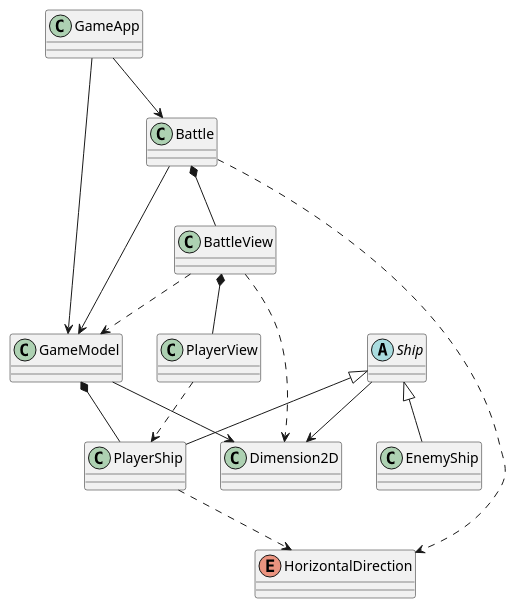
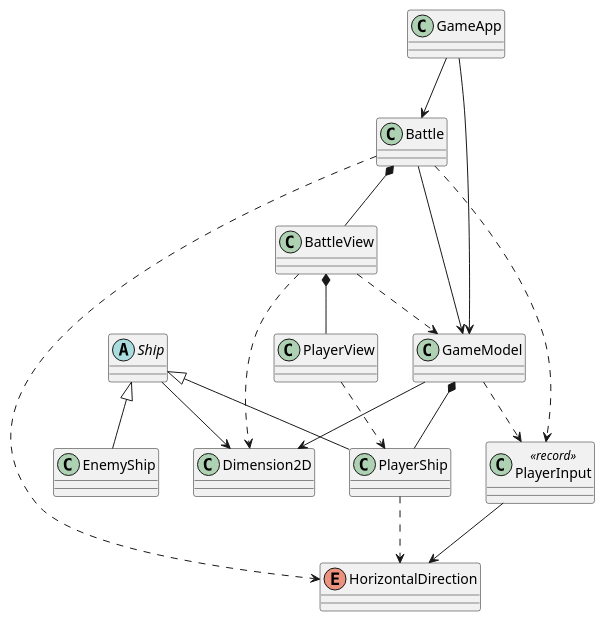
One commit to lishaduck/csse220-project changed the diagram in uml.puml. Above: the diagram before and after it, drawn with PlantUML. The commit also changed 5 other files, not shown here.

First line of the commit message:
Consolidate the simulation step in GameModel

```diff
--- a/uml.puml
+++ b/uml.puml
@@ -1,28 +1,32 @@
 @startuml
 class GameApp
 class Battle
 class BattleView
 class PlayerView
 class GameModel
 abstract class Ship
 class PlayerShip
 class EnemyShip
 class Dimension2D
+class PlayerInput <<record>>
 enum HorizontalDirection
 
 GameApp --> GameModel
 GameApp --> Battle
 Battle *-- BattleView
 Battle --> GameModel
 Battle ..> HorizontalDirection
+Battle ..> PlayerInput
+PlayerInput --> HorizontalDirection
+GameModel ..> PlayerInput
 GameModel *-- PlayerShip
 GameModel --> Dimension2D
 Ship <|-- PlayerShip
 Ship <|-- EnemyShip
 Ship --> Dimension2D
 PlayerShip ..> HorizontalDirection
 BattleView ..> GameModel
 BattleView ..> Dimension2D
 BattleView *-- PlayerView
 PlayerView ..> PlayerShip
 @enduml
```
